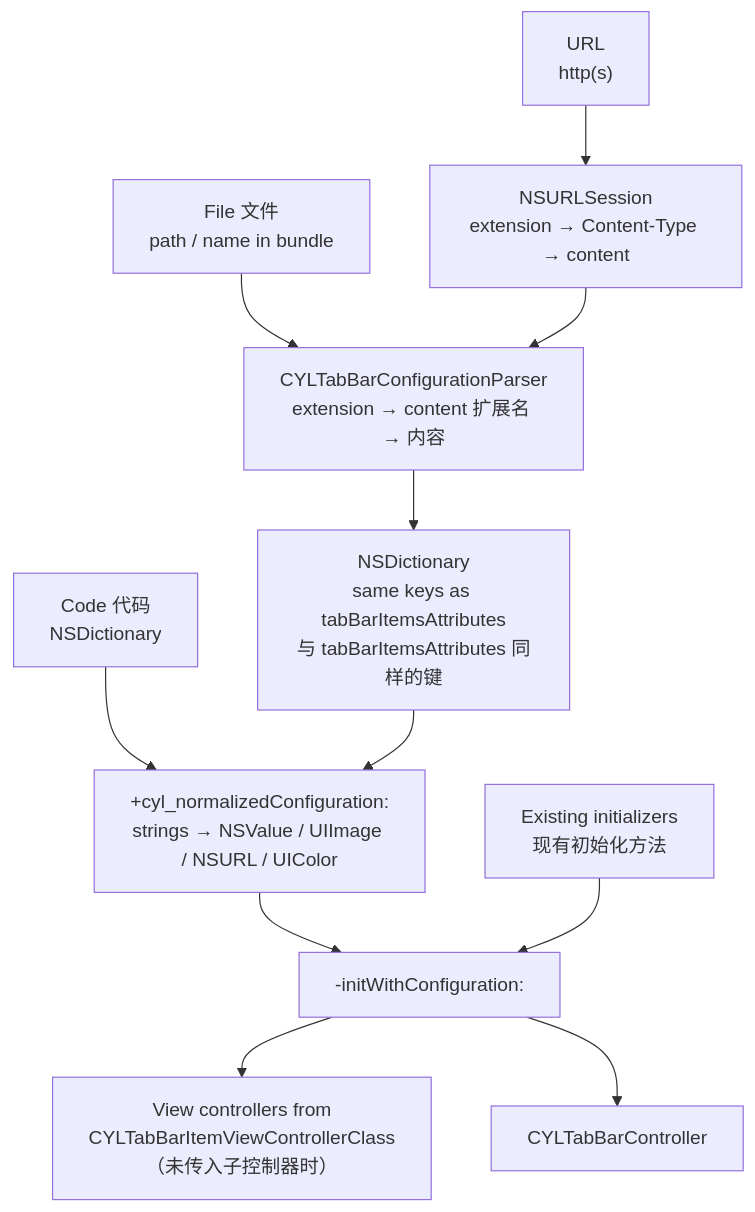
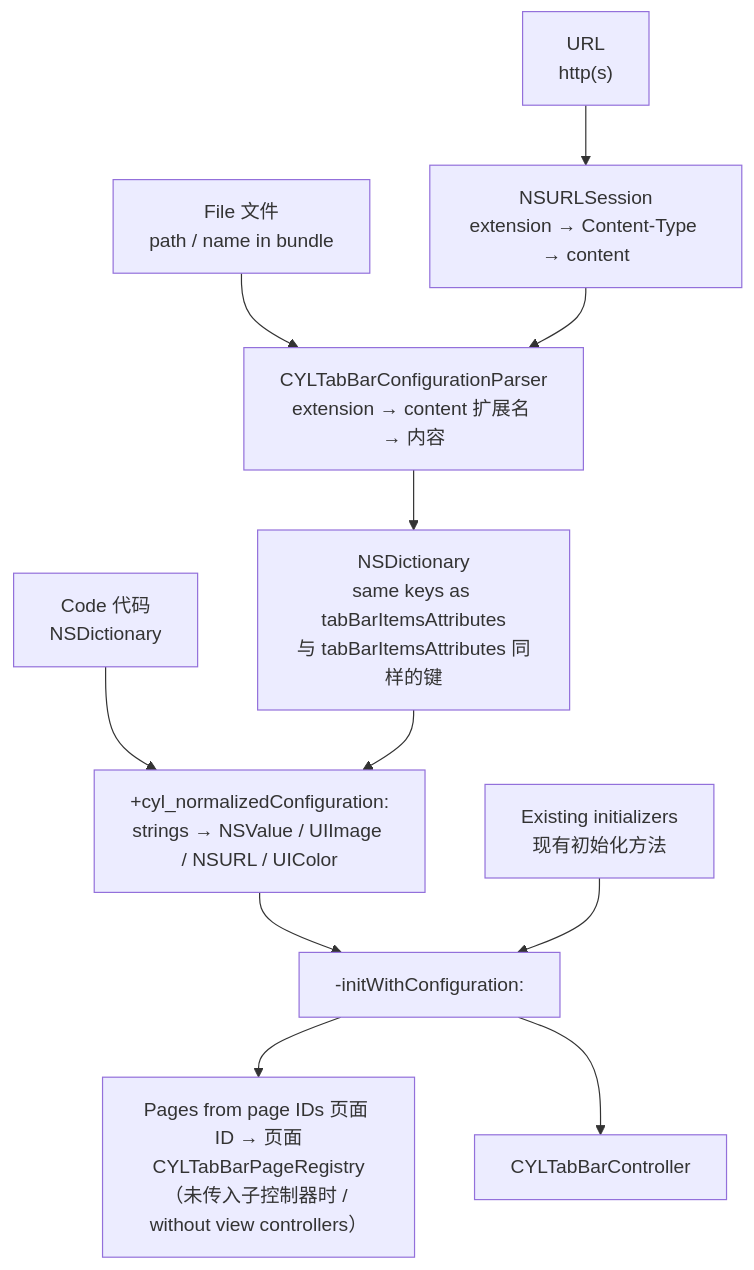
One commit to ChenYilong/CYLTabBarController changed the diagram in docs/Configuration-File.md. Above: the diagram before and after it, drawn with Mermaid. The commit also changed other lines of this file and 100 other files, not shown here.

First line of the commit message:
feat: ✨ tab pages from cross-platform page IDs: CYLTabBarPageRegistry, CYLTabBarPage, remote keys, Android demo

````diff
--- a/docs/Configuration-File.md
+++ b/docs/Configuration-File.md
@@ -221,13 +230,13 @@
 ```mermaid
 flowchart TD
     F["File 文件<br/>path / name in bundle"] --> P["CYLTabBarConfigurationParser<br/>extension → content 扩展名 → 内容"]
     U["URL<br/>http(s)"] --> D["NSURLSession<br/>extension → Content-Type → content"]
     D --> P
     P --> C["NSDictionary<br/>same keys as tabBarItemsAttributes<br/>与 tabBarItemsAttributes 同样的键"]
     K["Code 代码<br/>NSDictionary"] --> N
     C --> N["+cyl_normalizedConfiguration:<br/>strings → NSValue / UIImage / NSURL / UIColor"]
     N --> I["-initWithConfiguration:"]
     O["Existing initializers<br/>现有初始化方法"] --> I
-    I --> V["View controllers from<br/>CYLTabBarItemViewControllerClass<br/>（未传入子控制器时）"]
+    I --> V["Pages from page IDs 页面 ID → 页面<br/>CYLTabBarPageRegistry<br/>（未传入子控制器时 / without view controllers）"]
     I --> T["CYLTabBarController"]
 ```
````
